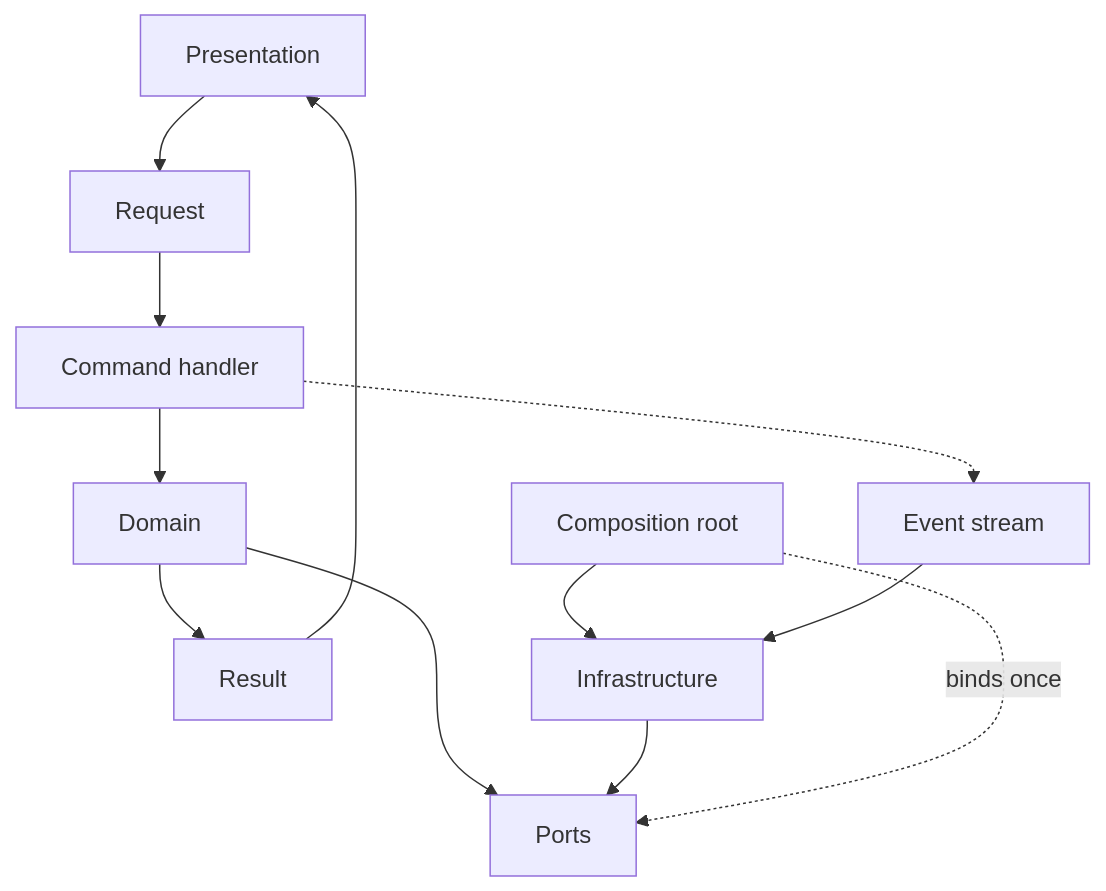
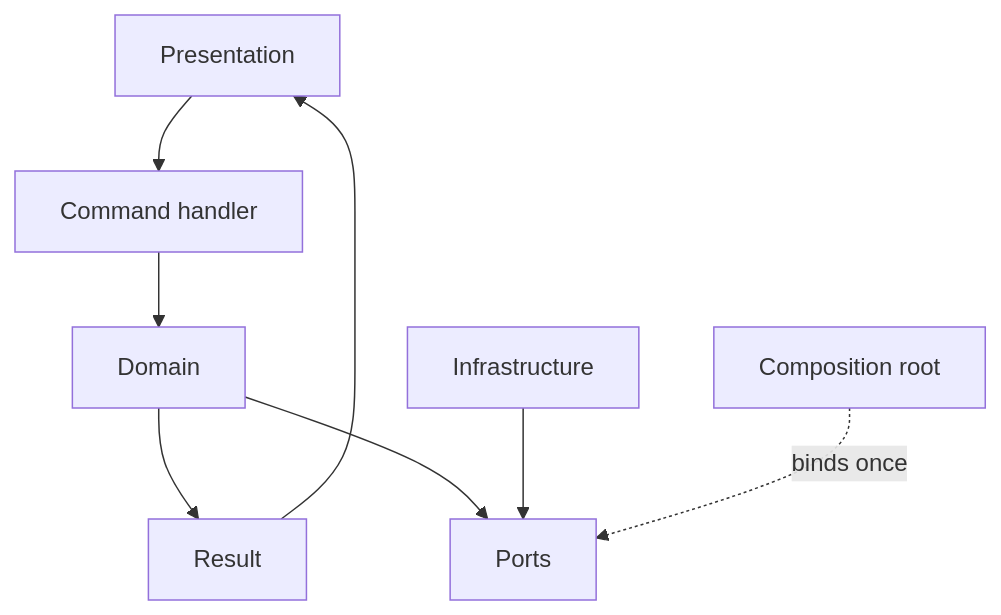
Before and after one commit to franselstadt/franselstadt: the diagram in README.md, drawn with Mermaid. The commit also changed other lines of this file, not shown here.

Commit message:
Shorten the profile README and let the architecture speak.

````diff
--- a/README.md
+++ b/README.md
@@ -64,14 +39,10 @@
 ```mermaid
 flowchart TB
-  UI[Presentation] --> REQ[Request]
-  REQ --> H[Command handler]
+  UI[Presentation] --> H[Command handler]
   H --> DOM[Domain]
   DOM --> R[Result]
   R --> UI
   DOM --> PORTS[Ports]
   INF[Infrastructure] --> PORTS
   CR[Composition root] -.->|binds once| PORTS
-  CR --> INF
-  ES[Event stream] --> INF
-  H -.-> ES
 ```
````
